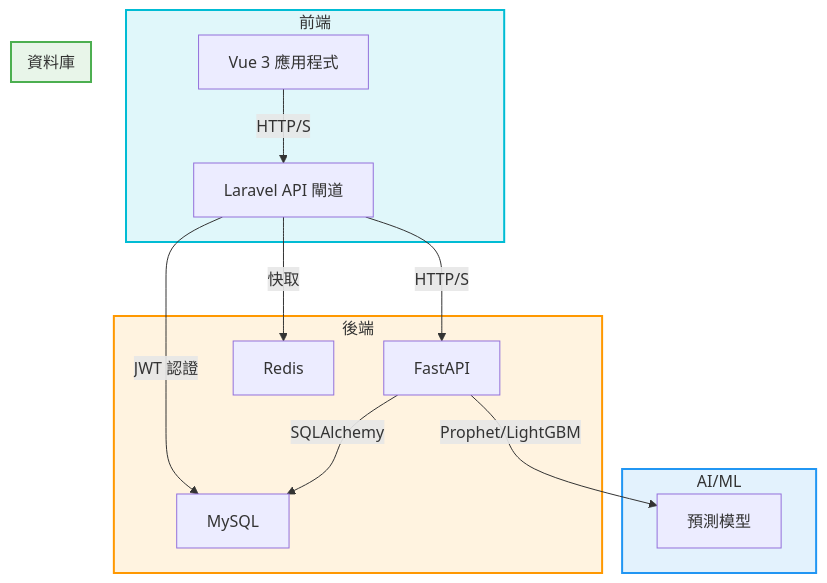
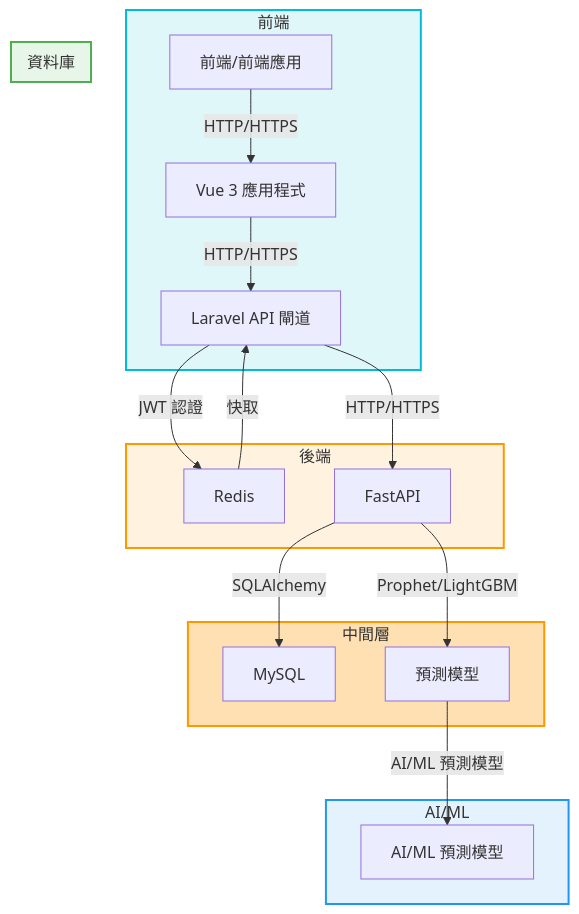
One commit to BpsEason/stock-ai-engine changed the diagram in README.md. Above: the diagram before and after it, drawn with Mermaid.

````diff
--- a/README.md
+++ b/README.md
@@ -7,23 +7,32 @@
 ```mermaid
 graph TD
     subgraph 前端
-        A[Vue 3 應用程式] -->|HTTP/S| B[後端 API]
+        A[前端/前端應用] -->|HTTP/HTTPS| B[Vue 3 應用程式]
+        B -->|HTTP/HTTPS| C[Laravel API 閘道]
     end
+
     subgraph 後端
-        B[Laravel API 閘道] -->|JWT 認證| C[MySQL]
-        B -->|HTTP/S| D[FastAPI AI 服務]
-        B -->|快取| E[Redis]
+        C[Laravel API 閘道] -->|JWT 認證| D[Redis]
+        C -->|HTTP/HTTPS| E[FastAPI]
     end
+
+    subgraph 中間層
+        D[Redis] -->|快取| C
+        E[FastAPI] -->|SQLAlchemy| F[MySQL]
+        E -->|Prophet/LightGBM| G[預測模型]
+    end
+
     subgraph 資料庫
-        C[MySQL]
+        F[MySQL]
     end
+
     subgraph AI/ML
-        D[FastAPI] -->|SQLAlchemy| C
-        D -->|Prophet/LightGBM| F[預測模型]
+        G[預測模型] -->|AI/ML 預測模型| H[AI/ML 預測模型]
     end
 
     style 前端 fill:#e0f7fa,stroke:#00bcd4,stroke-width:2px
     style 後端 fill:#fff3e0,stroke:#ff9800,stroke-width:2px
+    style 中間層 fill:#ffe0b2,stroke:#ff9800,stroke-width:2px
     style 資料庫 fill:#e8f5e9,stroke:#4caf50,stroke-width:2px
     style AI/ML fill:#e3f2fd,stroke:#2196f3,stroke-width:2px
 ```
````
